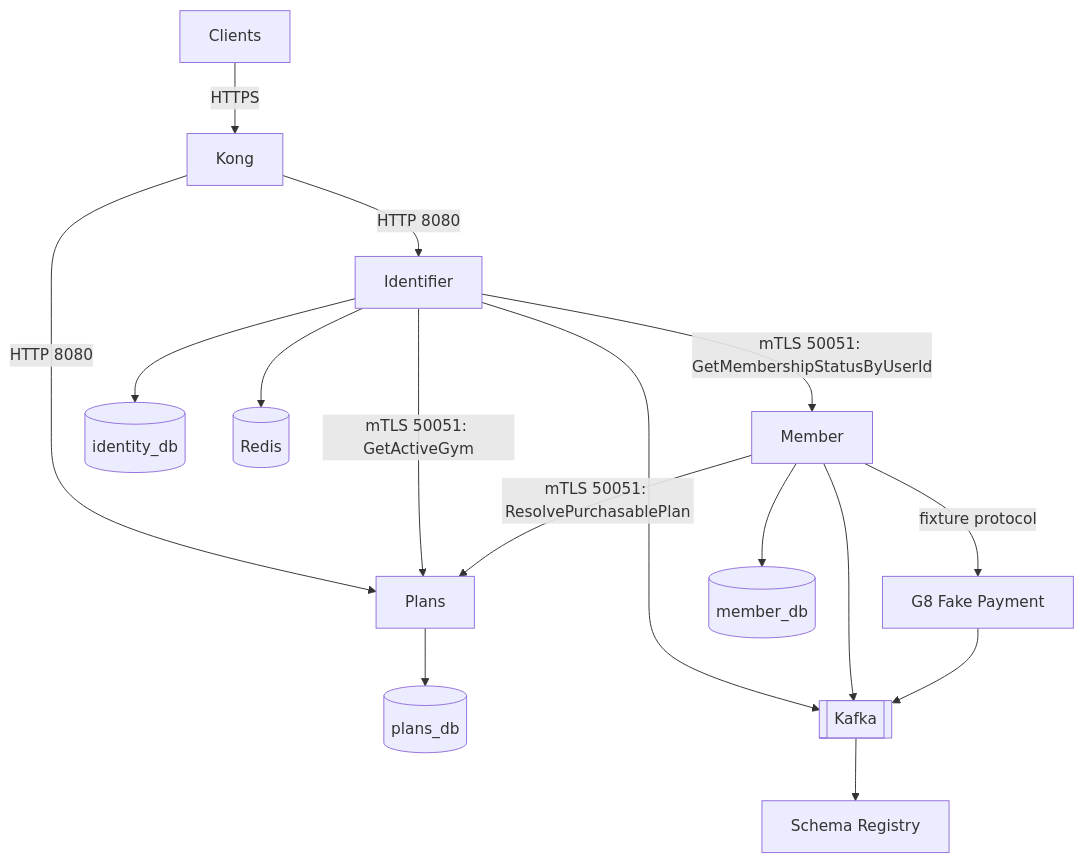
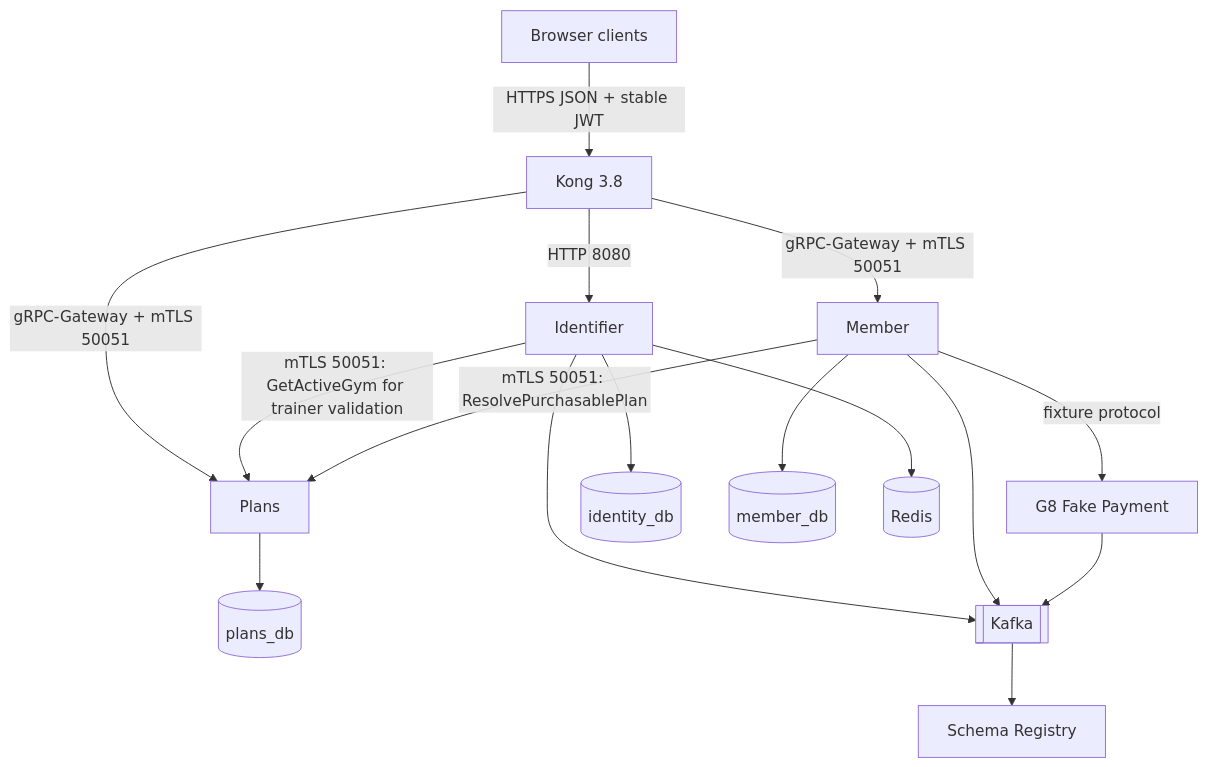
Before and after one commit to pploc/gym-architect: the diagram in infrastructure/01-infrastructure.md, drawn with Mermaid. The commit also changed other lines of this file and 23 other files, not shown here.

````diff
--- a/infrastructure/01-infrastructure.md
+++ b/infrastructure/01-infrastructure.md
@@ -7,21 +7,20 @@
 ```mermaid
 flowchart TB
-    Client[Clients] -->|HTTPS| Kong[Kong]
+    Client[Browser clients] -->|HTTPS JSON + stable JWT| Kong[Kong 3.8]
     Kong -->|HTTP 8080| ID[Identifier]
-    Kong -->|HTTP 8080| PL[Plans]
+    Kong -->|gRPC-Gateway + mTLS 50051| MB[Member]
+    Kong -->|gRPC-Gateway + mTLS 50051| PL[Plans]
 
-    ID -->|mTLS 50051: GetActiveGym| PL
-    ID -->|mTLS 50051: GetMembershipStatusByUserId| MB[Member]
+    ID -->|mTLS 50051: GetActiveGym for trainer validation| PL
     MB -->|mTLS 50051: ResolvePurchasablePlan| PL
     MB -->|fixture protocol| FP[G8 Fake Payment]
 
     ID --> IDDB[(identity_db)]
     MB --> MBDB[(member_db)]
     PL --> PLDB[(plans_db)]
-
     ID --> Redis[(Redis)]
     ID --> Kafka[[Kafka]]
     MB --> Kafka
     FP --> Kafka
     Kafka --> SR[Schema Registry]
 ```
````
